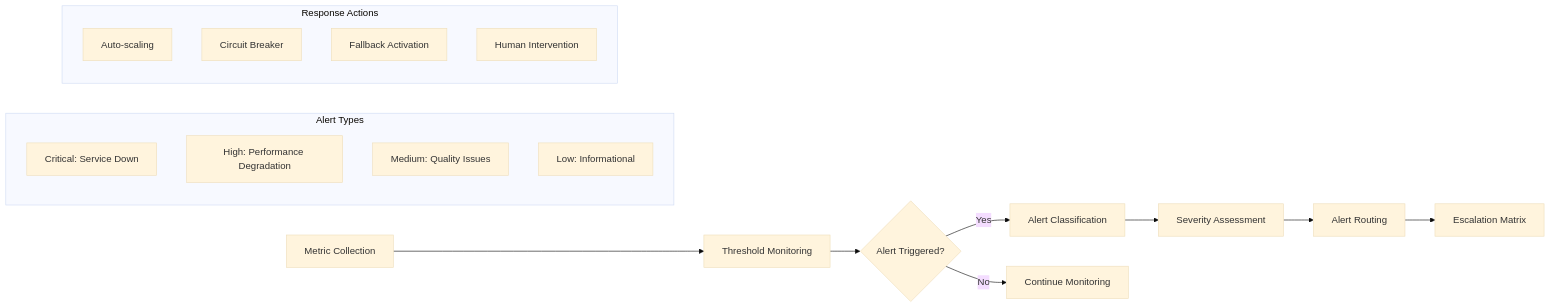
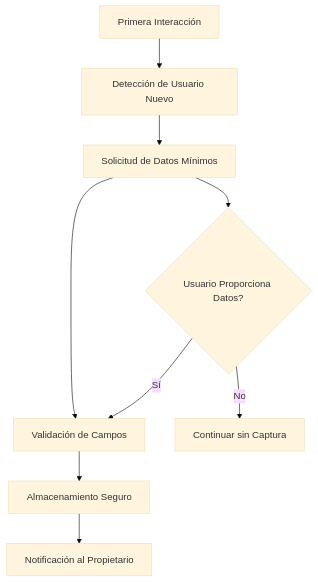
The eighth of 13 diagrams in docs/tech-solution.md (LIDR-academy/AI4Devs-finalproject), drawn with Mermaid (base theme) before and after one commit. The commit also changed other lines of this file and 21 other files, not shown here.

````diff
--- a/docs/tech-solution.md
+++ b/docs/tech-solution.md
@@ -2262,25 +282,12 @@
 ```mermaid
-graph LR
-    A[Metric Collection] --> B[Threshold Monitoring]
-    B --> C{Alert Triggered?}
-    C -->|Yes| D[Alert Classification]
-    C -->|No| E[Continue Monitoring]
+flowchart TD
+    A[Primera Interacción] --> B[Detección de Usuario Nuevo]
+    B --> C[Solicitud de Datos Mínimos]
+    C --> D[Validación de Campos]
+    D --> E[Almacenamiento Seguro]
+    E --> F[Notificación al Propietario]
     
-    D --> F[Severity Assessment]
-    F --> G[Alert Routing]
-    G --> H[Escalation Matrix]
-    
-    subgraph "Alert Types"
-        I[Critical: Service Down]
-        J[High: Performance Degradation]
-        K[Medium: Quality Issues]
-        L[Low: Informational]
-    end
-    
-    subgraph "Response Actions"
-        M[Auto-scaling]
-        N[Circuit Breaker]
-        O[Fallback Activation]
-        P[Human Intervention]
-    end
+    C --> G{Usuario Proporciona Datos?}
+    G -->|Sí| D
+    G -->|No| H[Continuar sin Captura]
 ```
````
